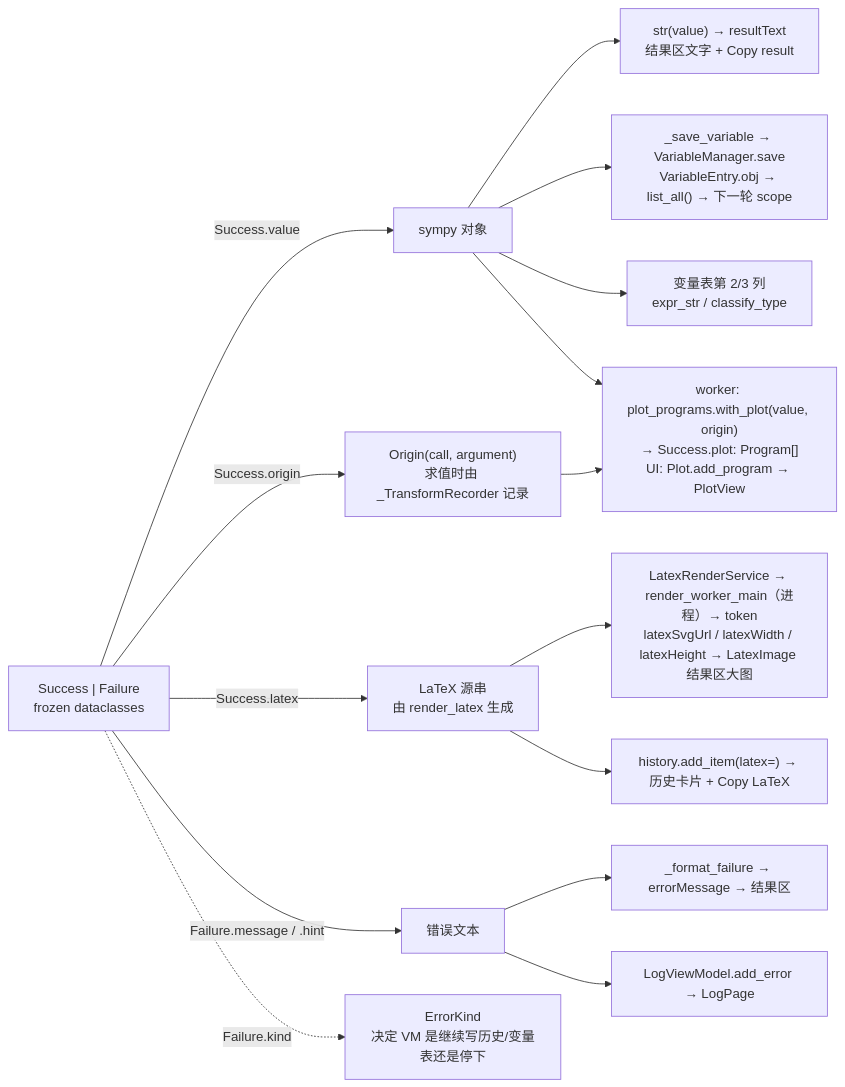
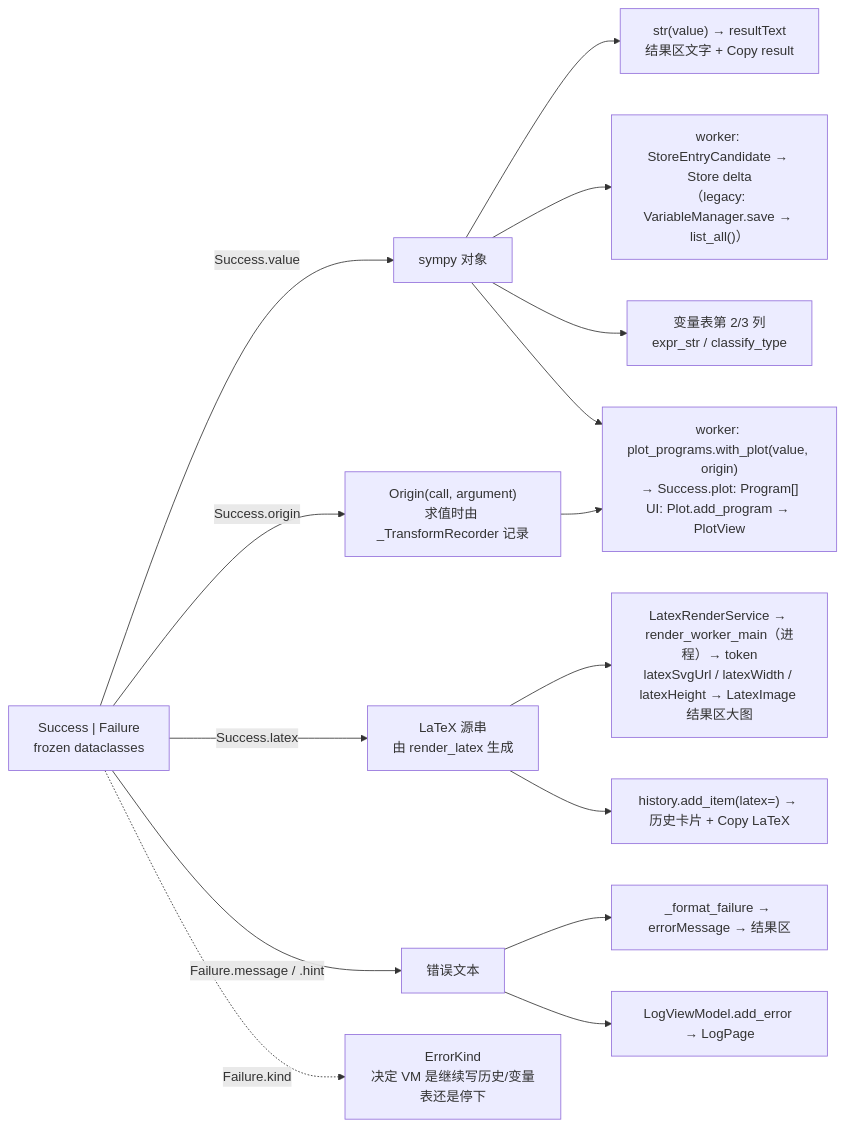
The third of 3 diagrams in docs/architecture.md (I-AM-A-NOOB/Symplify), drawn with Mermaid before and after one commit. The commit also changed other lines of this file and 7 other files, not shown here.

First line of the commit message:
refactor(scope): reuse Store deltas for Variables writes

````diff
--- a/docs/architecture.md
+++ b/docs/architecture.md
@@ -246,23 +251,23 @@
 ```mermaid
 flowchart LR
     R["Success | Failure<br/>frozen dataclasses"]
 
     R -->|"Success.value"| V["sympy 对象"]
     V --> V1["str(value) → resultText<br/>结果区文字 + Copy result"]
-    V --> V2["_save_variable → VariableManager.save<br/>VariableEntry.obj → list_all() → 下一轮 scope"]
+    V --> V2["worker: StoreEntryCandidate → Store delta<br/>（legacy: VariableManager.save → list_all()）"]
     V --> V3["变量表第 2/3 列<br/>expr_str / classify_type"]
     V --> V4["worker: plot_programs.with_plot(value, origin)<br/>→ Success.plot: Program[]<br/>UI: Plot.add_program → PlotView"]
 
     R -->|"Success.origin"| O["Origin(call, argument)<br/>求值时由 _TransformRecorder 记录"]
     O --> V4
 
     R -->|"Success.latex"| L["LaTeX 源串<br/>由 render_latex 生成"]
     L --> L1["LatexRenderService → render_worker_main（进程）→ token<br/>latexSvgUrl / latexWidth / latexHeight → LatexImage 结果区大图"]
     L --> L2["history.add_item(latex=) → 历史卡片 + Copy LaTeX"]
 
     R -->|"Failure.message / .hint"| E["错误文本"]
     E --> E1["_format_failure → errorMessage → 结果区"]
     E --> E2["LogViewModel.add_error → LogPage"]
 
     R -.->|"Failure.kind"| K["ErrorKind<br/>决定 VM 是继续写历史/变量表还是停下"]
 ```
````
